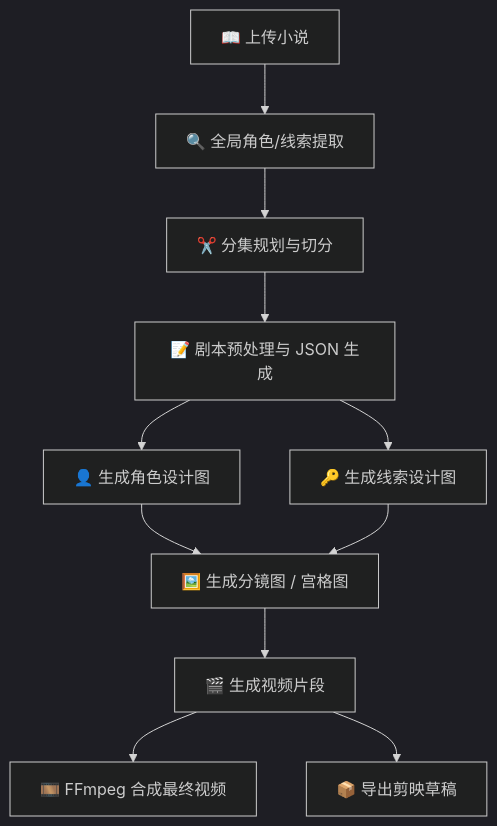
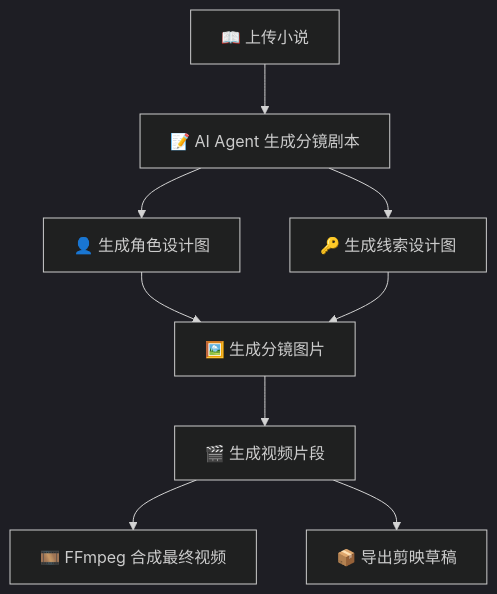
Before and after one commit to ArcReel/ArcReel: the first of 3 diagrams in README.md, drawn with Mermaid (dark theme). The commit also changed other lines of this file and 203 other files, not shown here.

````diff
--- a/README.md
+++ b/README.md
@@ -74,13 +69,11 @@
 ```mermaid
 graph TD
-    A["📖 上传小说"] --> B["🔍 全局角色/线索提取"]
-    B --> C["✂️ 分集规划与切分"]
-    C --> D["📝 剧本预处理与 JSON 生成"]
-    D --> E["👤 生成角色设计图"]
-    D --> F["🔑 生成线索设计图"]
-    E --> G["🖼️ 生成分镜图 / 宫格图"]
-    F --> G
-    G --> H["🎬 生成视频片段"]
-    H --> I["🎞️ FFmpeg 合成最终视频"]
-    H --> J["📦 导出剪映草稿"]
+    A["📖 上传小说"] --> B["📝 AI Agent 生成分镜剧本"]
+    B --> C["👤 生成角色设计图"]
+    B --> D["🔑 生成线索设计图"]
+    C --> E["🖼️ 生成分镜图片"]
+    D --> E
+    E --> F["🎬 生成视频片段"]
+    F --> G["🎞️ FFmpeg 合成最终视频"]
+    F --> H["📦 导出剪映草稿"]
 ```
````
